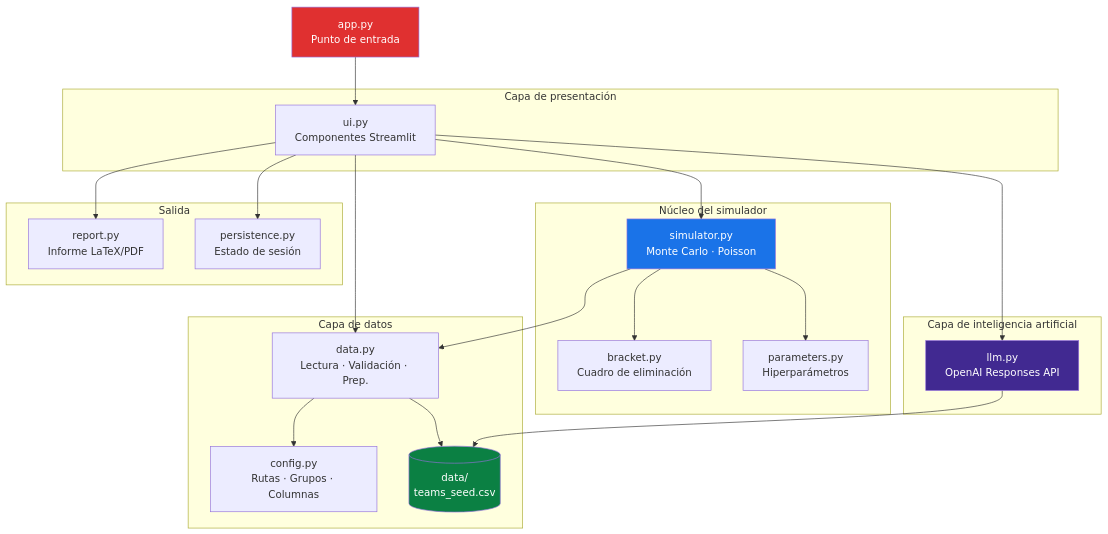
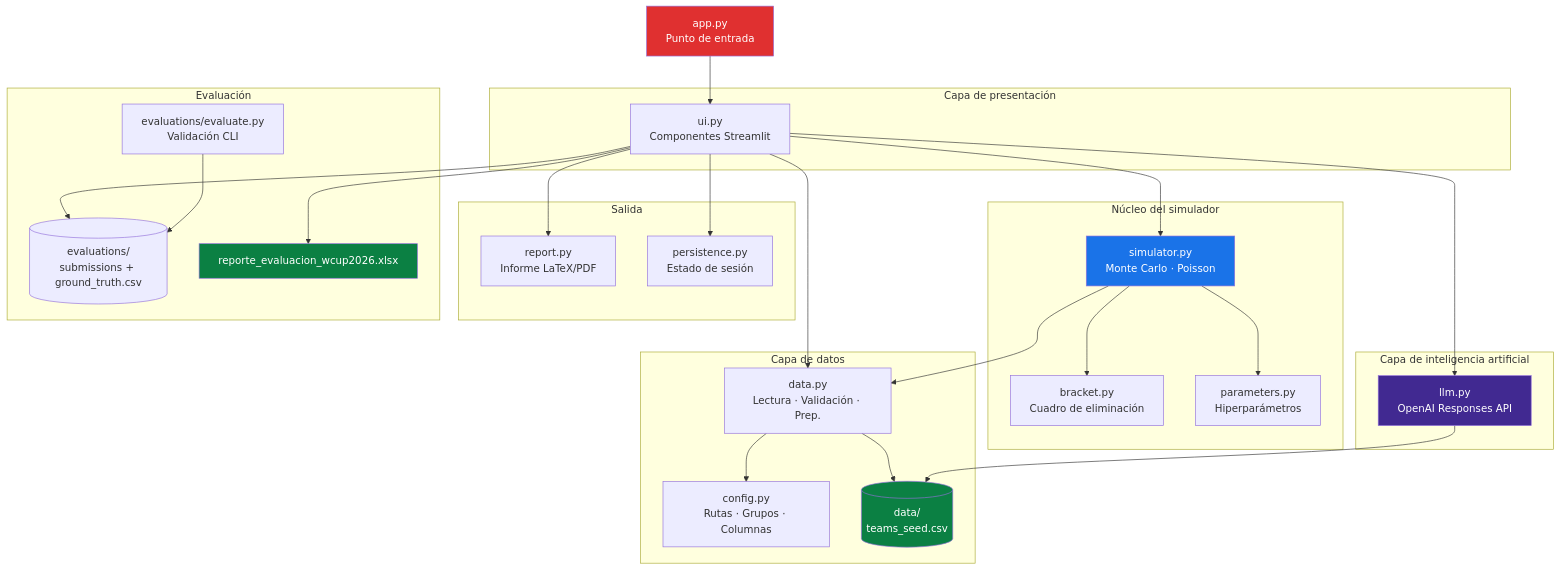
One commit to fjgonzalezmgt/WCUP2026 changed the third of 6 diagrams in README.md. Above: the diagram before and after it, drawn with Mermaid. The commit also changed other lines of this file and 4 other files, not shown here.

````diff
--- a/README.md
+++ b/README.md
@@ -99,47 +139,57 @@
 ```mermaid
 graph TD
     APP["app.py\nPunto de entrada"]
 
     subgraph UI["Capa de presentación"]
         ui["ui.py\nComponentes Streamlit"]
     end
 
     subgraph Core["Núcleo del simulador"]
         sim["simulator.py\nMonte Carlo · Poisson"]
         brk["bracket.py\nCuadro de eliminación"]
         params["parameters.py\nHiperparámetros"]
     end
 
     subgraph Data["Capa de datos"]
         data["data.py\nLectura · Validación · Prep."]
         cfg["config.py\nRutas · Grupos · Columnas"]
         csv[("data/\nteams_seed.csv")]
     end
 
     subgraph AI["Capa de inteligencia artificial"]
         llm["llm.py\nOpenAI Responses API"]
     end
 
     subgraph Out["Salida"]
         rep["report.py\nInforme LaTeX/PDF"]
         per["persistence.py\nEstado de sesión"]
     end
 
+    subgraph Eval["Evaluación"]
+        evalpy["evaluations/evaluate.py\nValidación CLI"]
+        evalcsv[("evaluations/\nsubmissions + ground_truth.csv")]
+        xlsx["reporte_evaluacion_wcup2026.xlsx"]
+    end
+
     APP --> ui
     ui --> sim
     ui --> llm
     ui --> data
     ui --> per
+    ui --> evalcsv
+    ui --> xlsx
     sim --> brk
     sim --> data
     sim --> params
     data --> cfg
     data --> csv
     llm --> csv
     ui --> rep
+    evalpy --> evalcsv
 
     style APP fill:#e03030,color:#fff
     style sim fill:#1a73e8,color:#fff
     style llm fill:#412991,color:#fff
     style csv fill:#0b8043,color:#fff
+    style xlsx fill:#0b8043,color:#fff
 ```
````
